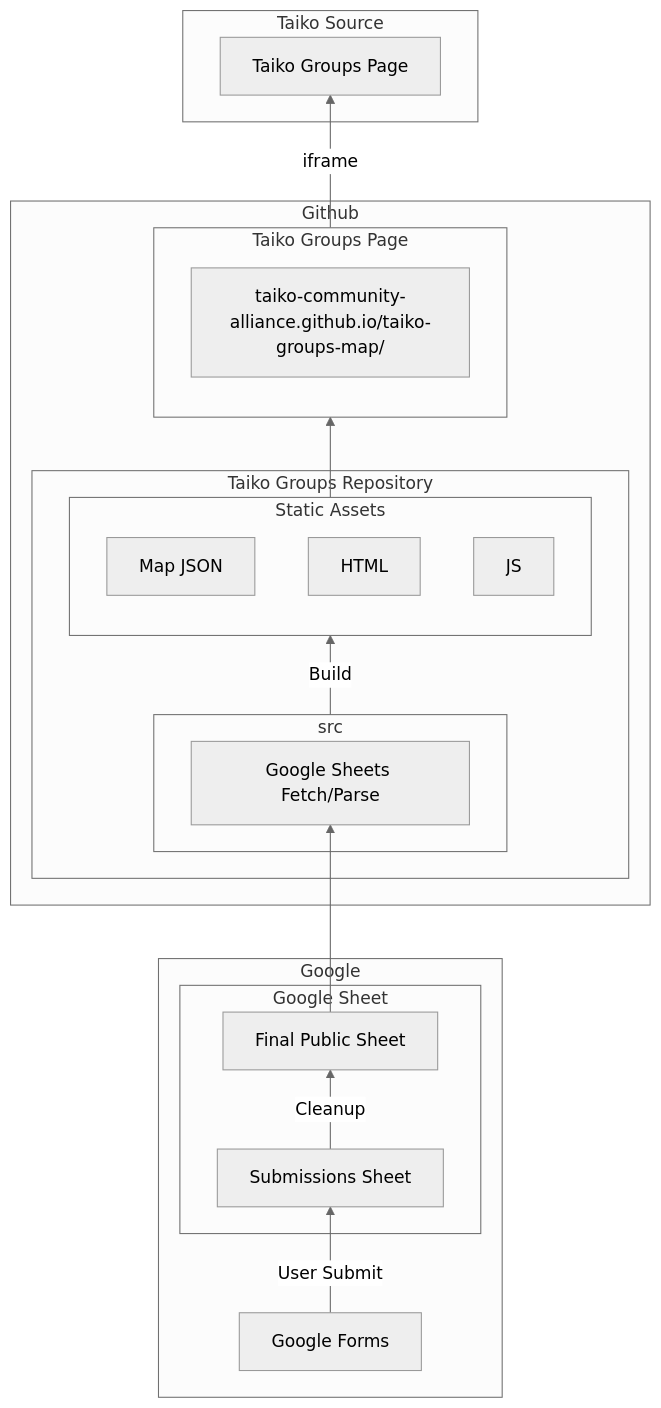
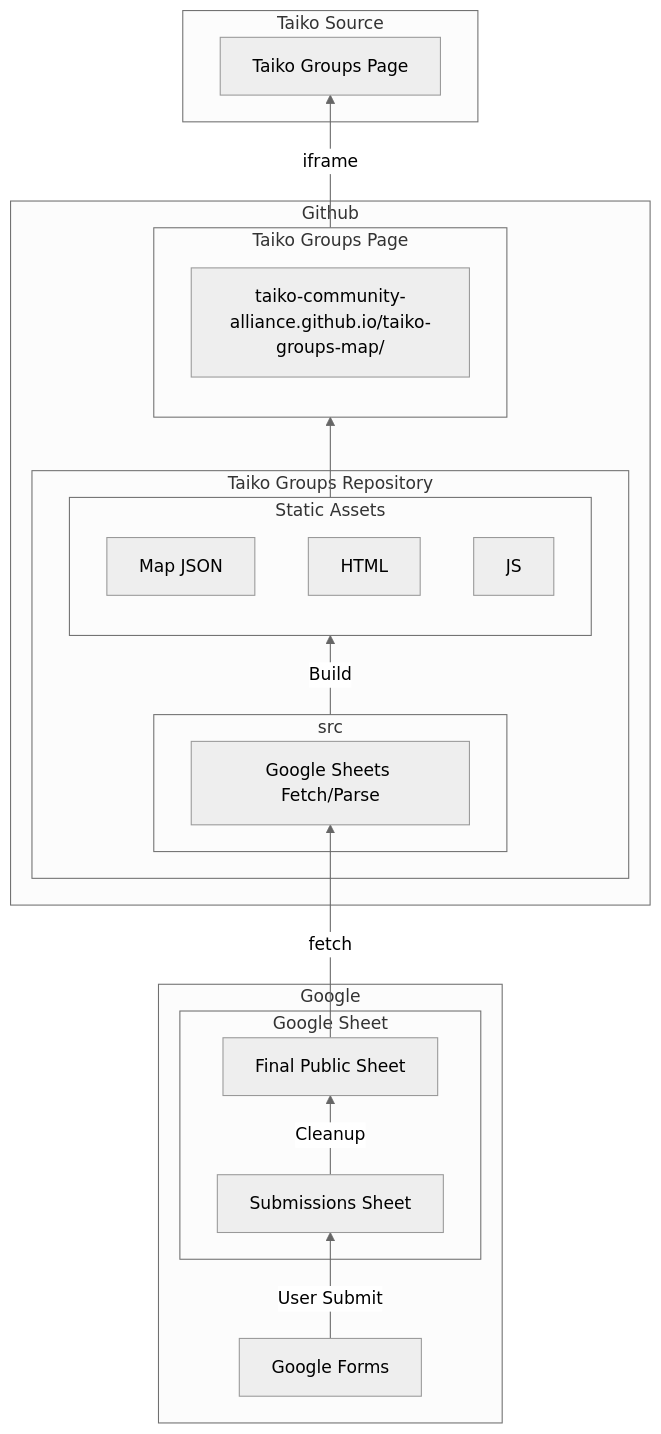
Before and after one commit to Taiko-Community-Alliance/taiko-groups-map: the diagram in README.md, drawn with Mermaid.

````diff
--- a/README.md
+++ b/README.md
@@ -14,35 +14,35 @@
 ```mermaid
 ---
 config:
   theme: neutral
 ---
 flowchart BT
     subgraph GL["Google"]
         GF["Google Forms"] -- User Submit --> GSR
         subgraph GS["Google Sheet"]
             GSR["Submissions Sheet"] -- Cleanup --> GSP["Final Public Sheet"]
         end
     end
-    GSP --> PARSE
+    GSP -- fetch --> PARSE
     subgraph GH["Github"]
         subgraph GHR["Taiko Groups Repository"]
             subgraph SRC["src"]
                 PARSE["Google Sheets Fetch/Parse"]
             end
             subgraph ST["Static Assets"]
                 GHJSONST["Map JSON"]
                 HTML
                 JS
             end
             SRC -- Build --> ST
         end
         ST --> GHP
         subgraph GHP["Taiko Groups Page"]
             WEBPAGE["taiko-community-alliance.github.io/taiko-groups-map/"]
         end
     end
     GHP -- iframe --> TGPAGE
     subgraph TS["Taiko Source"]
         TGPAGE["Taiko Groups Page"]
     end
 ```
````
